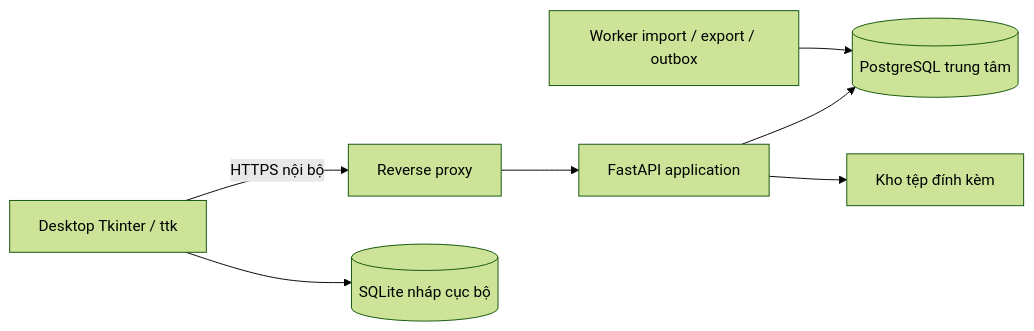
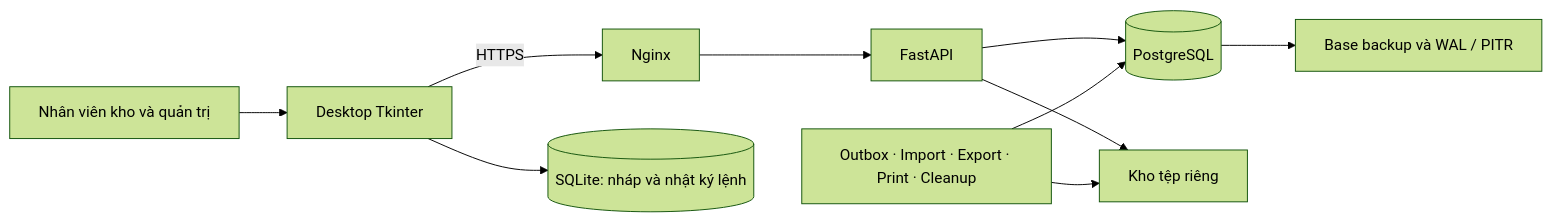
One commit to TEAM-DEV-FIVE/WMS_BA_2_0 changed the diagram in README.md. Above: the diagram before and after it, drawn with Mermaid (forest theme). The commit also changed other lines of this file and 8 other files, not shown here.

````diff
--- a/README.md
+++ b/README.md
@@ -46,9 +42,12 @@
 ```mermaid
 flowchart LR
-    Desktop[Desktop Tkinter / ttk] -->|HTTPS nội bộ| Proxy[Reverse proxy]
-    Proxy --> API[FastAPI application]
-    API --> DB[(PostgreSQL trung tâm)]
-    Worker[Worker import / export / outbox] --> DB
-    API --> Storage[Kho tệp đính kèm]
-    Desktop --> Local[(SQLite nháp cục bộ)]
+    User[Nhân viên kho và quản trị] --> Desktop[Desktop Tkinter]
+    Desktop -->|HTTPS| Proxy[Nginx]
+    Desktop --> Local[(SQLite: nháp và nhật ký lệnh)]
+    Proxy --> API[FastAPI]
+    API --> DB[(PostgreSQL)]
+    Workers[Outbox · Import · Export · Print · Cleanup] --> DB
+    API --> Files[Kho tệp riêng]
+    Workers --> Files
+    DB --> Backup[Base backup và WAL / PITR]
 ```
````
